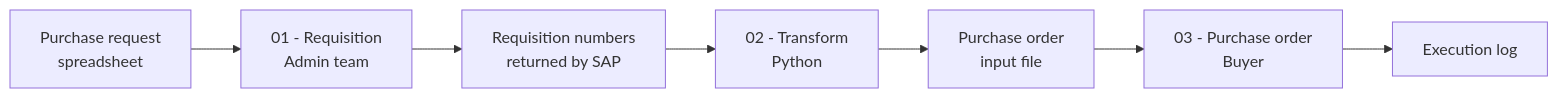
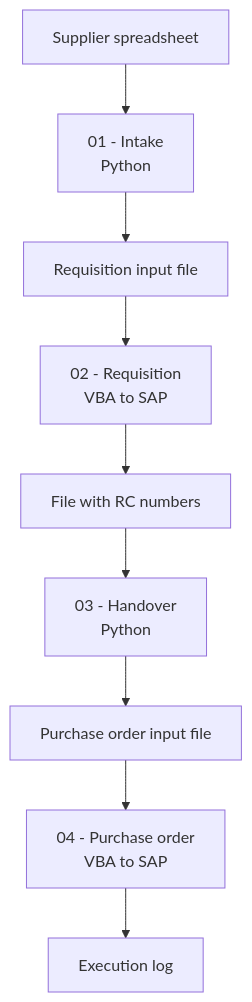
The diagram in README.md (lucasnunesf/sap-automation), drawn with Mermaid before and after one commit. The commit also changed other lines of this file, not shown here.

````diff
--- a/README.md
+++ b/README.md
@@ -43,9 +49,11 @@
 ```mermaid
-flowchart LR
-    A[Purchase request<br/>spreadsheet] --> B[01 - Requisition<br/>Admin team]
-    B --> C[Requisition numbers<br/>returned by SAP]
-    C --> D[02 - Transform<br/>Python]
-    D --> E[Purchase order<br/>input file]
-    E --> F[03 - Purchase order<br/>Buyer]
-    F --> G[Execution log]
+flowchart TD
+    A[Supplier spreadsheet] --> B[01 - Intake<br/>Python]
+    B --> C[Requisition input file]
+    C --> D[02 - Requisition<br/>VBA to SAP]
+    D --> E[File with RC numbers]
+    E --> F[03 - Handover<br/>Python]
+    F --> G[Purchase order input file]
+    G --> H[04 - Purchase order<br/>VBA to SAP]
+    H --> I[Execution log]
 ```
````
